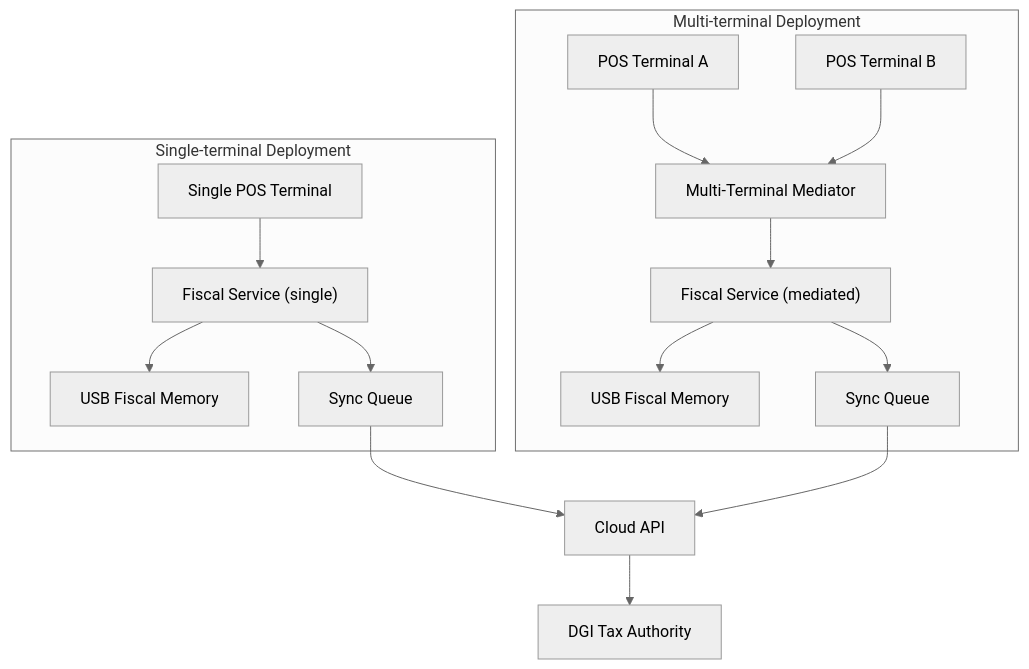
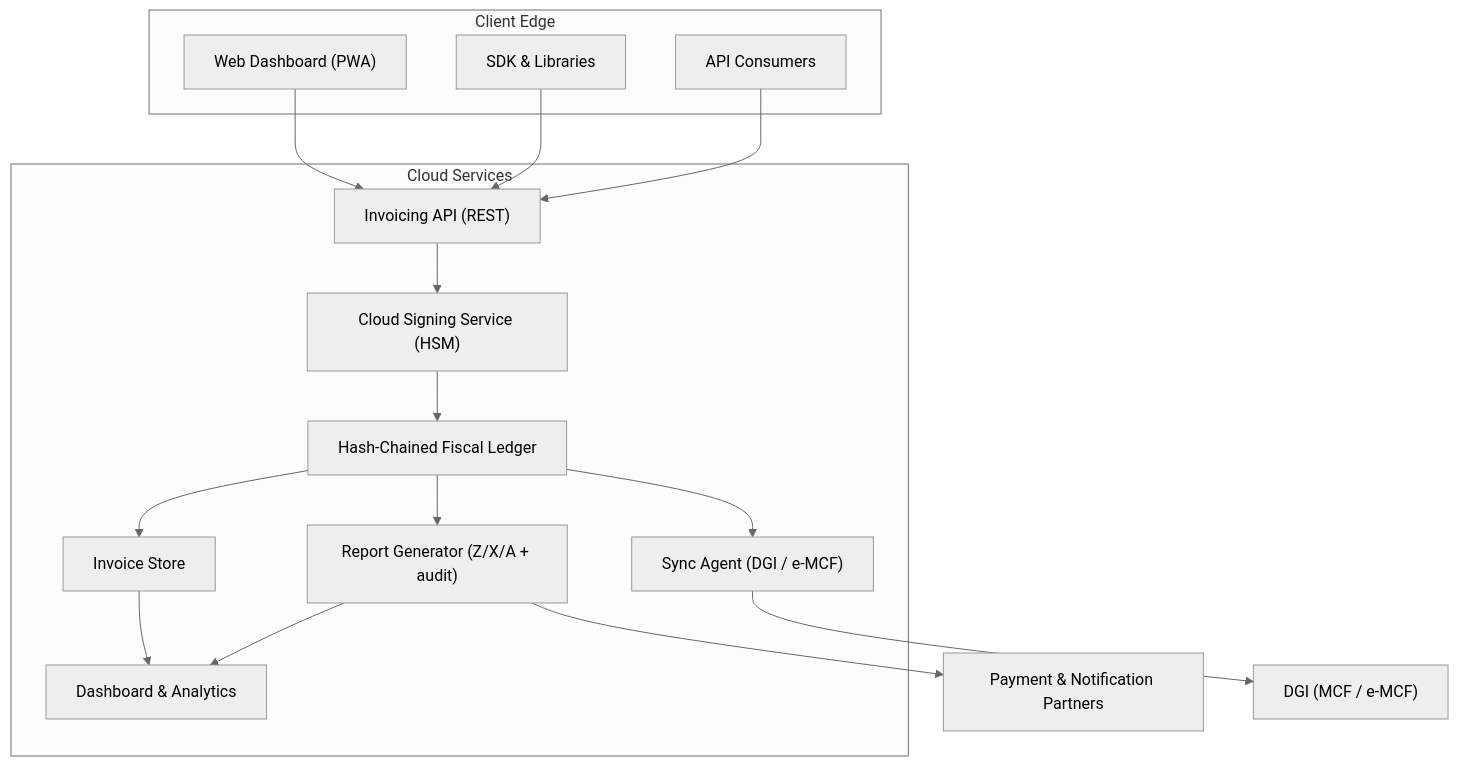
One commit to kupapay/docs changed the second of 2 diagrams in design/docs/architecture/components.md. Above: the diagram before and after it, drawn with Mermaid (neutral theme). The commit also changed other lines of this file and 4 other files, not shown here.

````diff
--- a/design/docs/architecture/components.md
+++ b/design/docs/architecture/components.md
@@ -104,20 +110,31 @@
 ```mermaid
 flowchart TB
-    subgraph "Single-terminal Deployment"
-        SinglePOS["Single POS Terminal"] --> FiscalServiceSingle["Fiscal Service (single)"]
-        FiscalServiceSingle --> USBDeviceSingle["USB Fiscal Memory"]
-        FiscalServiceSingle --> SyncQueueSingle["Sync Queue"]
+    subgraph "Client Edge"
+        Dashboard["Web Dashboard (PWA)"]
+        SDKs["SDK & Libraries"]
+        APIConsumers["API Consumers"]
     end
-    subgraph "Multi-terminal Deployment"
-        MultiPOSA["POS Terminal A"]
-        MultiPOSB["POS Terminal B"]
-        MultiPOSA --> Mediator["Multi-Terminal Mediator"]
-        MultiPOSB --> Mediator
-        Mediator --> FiscalServiceMulti["Fiscal Service (mediated)"]
-        FiscalServiceMulti --> USBDeviceMulti["USB Fiscal Memory"]
-        FiscalServiceMulti --> SyncQueueMulti["Sync Queue"]
+    subgraph "Cloud Services"
+        InvoicingAPI["Invoicing API (REST)"]
+        CloudSigner["Cloud Signing Service (HSM)"]
+        Ledger["Hash-Chained Fiscal Ledger"]
+        InvoiceStore["Invoice Store"]
+        Reports["Report Generator (Z/X/A + audit)"]
+        SyncAgent["Sync Agent (DGI / e-MCF)"]
+        Analytics["Dashboard & Analytics"]
     end
-    SyncQueueSingle --> CloudAPI2["Cloud API"]
-    SyncQueueMulti --> CloudAPI2
-    CloudAPI2 --> DGI2["DGI Tax Authority"]
+    DGI["DGI (MCF / e-MCF)"]
+    PaymentPartners["Payment & Notification Partners"]
+    Dashboard --> InvoicingAPI
+    SDKs --> InvoicingAPI
+    APIConsumers --> InvoicingAPI
+    InvoicingAPI --> CloudSigner
+    CloudSigner --> Ledger
+    Ledger --> InvoiceStore
+    Ledger --> Reports
+    Reports --> Analytics
+    InvoiceStore --> Analytics
+    Ledger --> SyncAgent
+    SyncAgent --> DGI
+    Reports --> PaymentPartners
 ```
````
